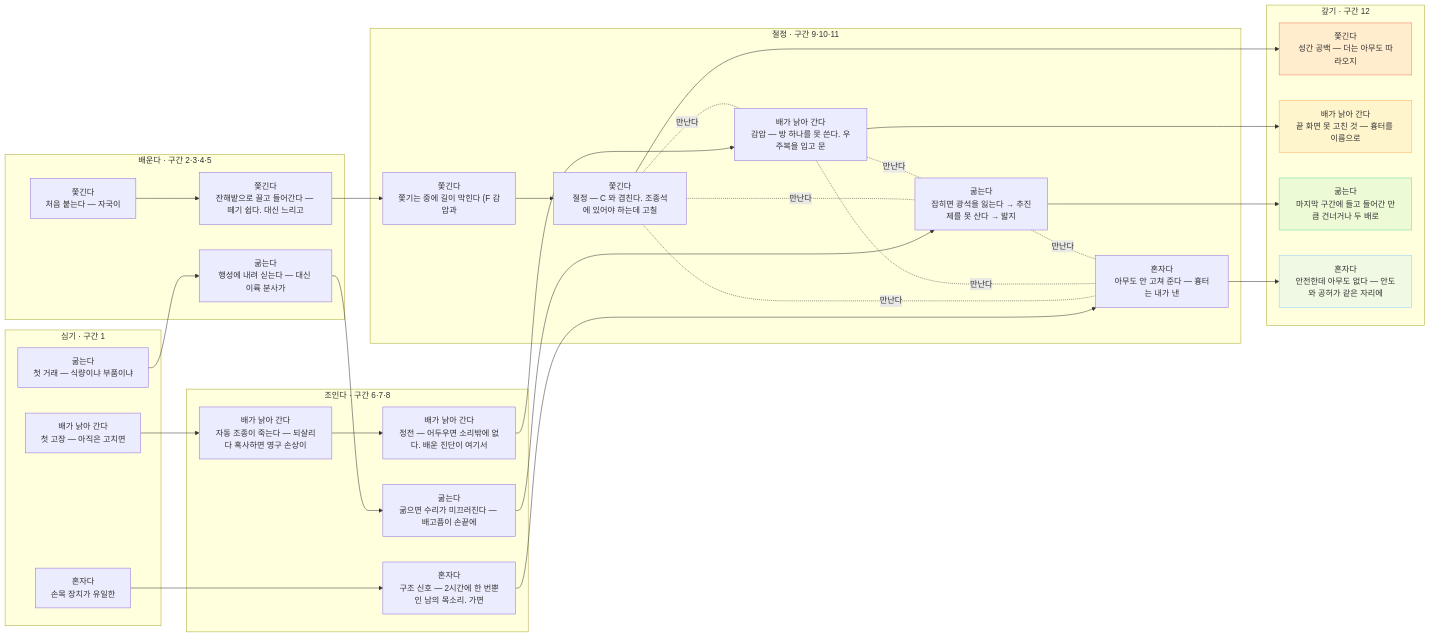
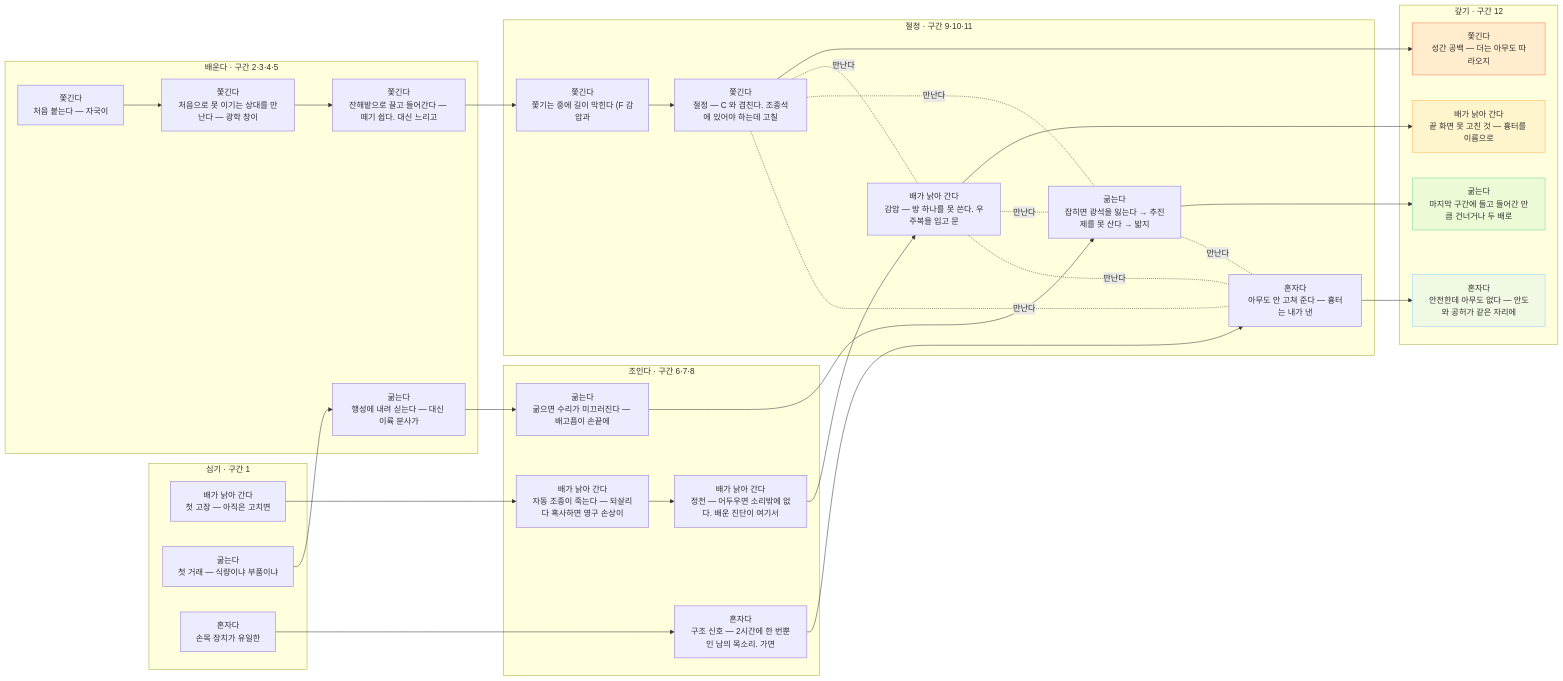
The diagram in docs/space/STORY.md (tepalmafia/DungeonCrawler), drawn with Mermaid before and after one commit. The commit also changed other lines of this file and 17 other files, not shown here.

````diff
--- a/docs/space/STORY.md
+++ b/docs/space/STORY.md
@@ -13,57 +13,59 @@
 ```mermaid
 graph LR
   subgraph P1["심기 · 구간 1"]
     worn1s["배가 낡아 간다<br/>첫 고장 — 아직은 고치면"]
     hungry1s["굶는다<br/>첫 거래 — 식량이냐 부품이냐"]
     alone1s["혼자다<br/>손목 장치가 유일한"]
   end
   subgraph P2["배운다 · 구간 2·3·4·5"]
     hunted2s["쫓긴다<br/>처음 붙는다 — 자국이"]
+    hunted4t["쫓긴다<br/>처음으로 못 이기는 상대를 만난다 — 광학 창이"]
     hunted5t["쫓긴다<br/>잔해밭으로 끌고 들어간다 — 떼기 쉽다. 대신 느리고"]
     hungry3t["굶는다<br/>행성에 내려 싣는다 — 대신 이륙 분사가"]
   end
   subgraph P6["조인다 · 구간 6·7·8"]
     worn6t["배가 낡아 간다<br/>자동 조종이 죽는다 — 되살리다 혹사하면 영구 손상이"]
     worn8t["배가 낡아 간다<br/>정전 — 어두우면 소리밖에 없다. 배운 진단이 여기서"]
     hungry7t["굶는다<br/>굶으면 수리가 미끄러진다 — 배고픔이 손끝에"]
     alone7t["혼자다<br/>구조 신호 — 2시간에 한 번뿐인 남의 목소리. 가면"]
   end
   subgraph P9["절정 · 구간 9·10·11"]
     hunted9t["쫓긴다<br/>쫓기는 중에 길이 막힌다 (F 감압과"]
     hunted11t["쫓긴다<br/>절정 — C 와 겹친다. 조종석에 있어야 하는데 고칠"]
     worn9t["배가 낡아 간다<br/>감압 — 방 하나를 못 쓴다. 우주복을 입고 문"]
     hungry10t["굶는다<br/>잡히면 광석을 잃는다 → 추진제를 못 산다 → 밟지"]
     alone11t["혼자다<br/>아무도 안 고쳐 준다 — 흉터는 내가 낸"]
   end
   subgraph P12["갚기 · 구간 12"]
     hunted12p["쫓긴다<br/>성간 공백 — 더는 아무도 따라오지"]
     worn12p["배가 낡아 간다<br/>끝 화면 못 고친 것 — 흉터를 이름으로"]
     hungry12p["굶는다<br/>마지막 구간에 들고 들어간 만큼 건너거나 두 배로"]
     alone12p["혼자다<br/>안전한데 아무도 없다 — 안도와 공허가 같은 자리에"]
   end
-  hunted2s --> hunted5t
+  hunted2s --> hunted4t
+  hunted4t --> hunted5t
   hunted5t --> hunted9t
   hunted9t --> hunted11t
   hunted11t --> hunted12p
   worn1s --> worn6t
   worn6t --> worn8t
   worn8t --> worn9t
   worn9t --> worn12p
   hungry1s --> hungry3t
   hungry3t --> hungry7t
   hungry7t --> hungry10t
   hungry10t --> hungry12p
   alone1s --> alone7t
   alone7t --> alone11t
   alone11t --> alone12p
   hunted11t -.만난다.- worn9t
   hunted11t -.만난다.- hungry10t
   hunted11t -.만난다.- alone11t
   worn9t -.만난다.- hungry10t
   worn9t -.만난다.- alone11t
   hungry10t -.만난다.- alone11t
   style hunted12p fill:#ff7a5c22,stroke:#ff7a5c
   style worn12p fill:#ffb45c22,stroke:#ffb45c
   style hungry12p fill:#6fd8a022,stroke:#6fd8a0
   style alone12p fill:#8fd0ff22,stroke:#8fd0ff
 ```
````
